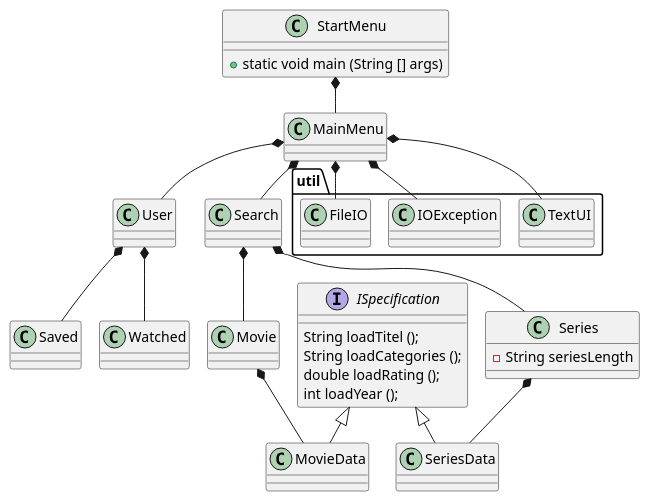
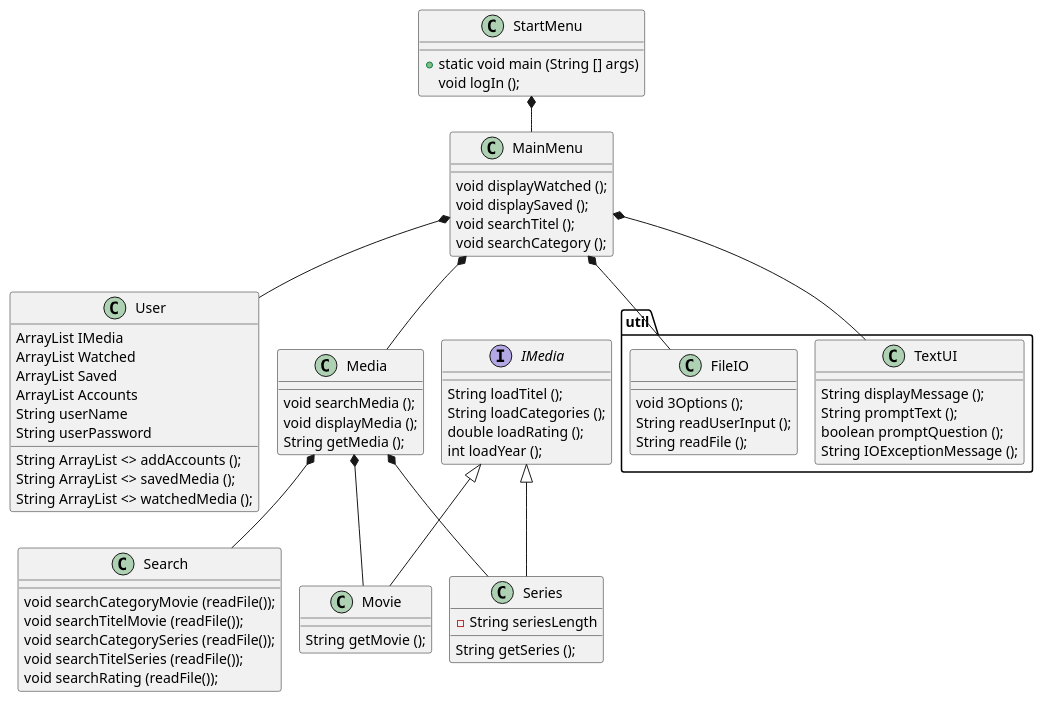
The diagram in Doc/Static/ClassDiagram_v1.puml (NicolineNV/SP3___Nasta_Nicoline_Christian_Sussie___Sem_1), drawn with PlantUML before and after one commit.

Commit message:
updatede class diagram - added methods

```diff
--- a/Doc/Static/ClassDiagram_v1.puml
+++ b/Doc/Static/ClassDiagram_v1.puml
@@ -1,89 +1,102 @@
 @startuml
 !pragma layout smetana
 
 class StartMenu {
 + static void main (String [] args)
+void logIn ();
 }
 
 class MainMenu {
-
+void displayWatched ();
+void displaySaved ();
+void searchTitel ();
+void searchCategory ();
 }
 
 class User {
+ArrayList IMedia
+ArrayList Watched
+ArrayList Saved
+ArrayList Accounts
+String userName
+String userPassword
+String ArrayList <> addAccounts ();
+String ArrayList <> savedMedia ();
+String ArrayList <> watchedMedia ();
 }
 
-class Saved {
-
+class Media {
+void searchMedia ();
+void displayMedia ();
+String getMedia ();
 }
 
-class Watched {
 
-}
 
 class Search {
+void searchCategoryMovie (readFile());
+void searchTitelMovie (readFile());
+void searchCategorySeries (readFile());
+void searchTitelSeries (readFile());
+void searchRating (readFile());
 
 }
 
 class Movie {
-
+String getMovie ();
 }
 
-class MovieData{
 
-}
 
 class Series {
 - String seriesLength
-
+String getSeries ();
 }
 
-class SeriesData{
 
 
-}
-
-interface ISpecification {
+interface IMedia {
 String loadTitel ();
 String loadCategories ();
 double loadRating ();
 int loadYear ();
 
 }
 
 package util {
 
 class TextUI {
-
+String displayMessage ();
+String promptText ();
+boolean promptQuestion ();
+String IOExceptionMessage ();
 }
 
-class IOException {
 
-}
 
 class FileIO {
-
+void 3Options ();
+String readUserInput ();
+String readFile ();
 }
 
 }
 
 StartMenu *-- MainMenu
 
-ISpecification <|-- SeriesData
-ISpecification <|-- MovieData
+IMedia <|-- Series
+IMedia <|-- Movie
 
-Series *-- SeriesData
-Movie*-- MovieData
+
 
 MainMenu *-- User
-MainMenu *-- Search
+MainMenu *-- Media
 MainMenu *-- TextUI
-MainMenu *-- IOException
 MainMenu *-- FileIO
 
-User *-- Saved
-User *-- Watched
 
-Search *-- Movie
-Search *-- Series
+Media *-- Movie
+Media *-- Series
+Media *-- Search
 
 @enduml
```
